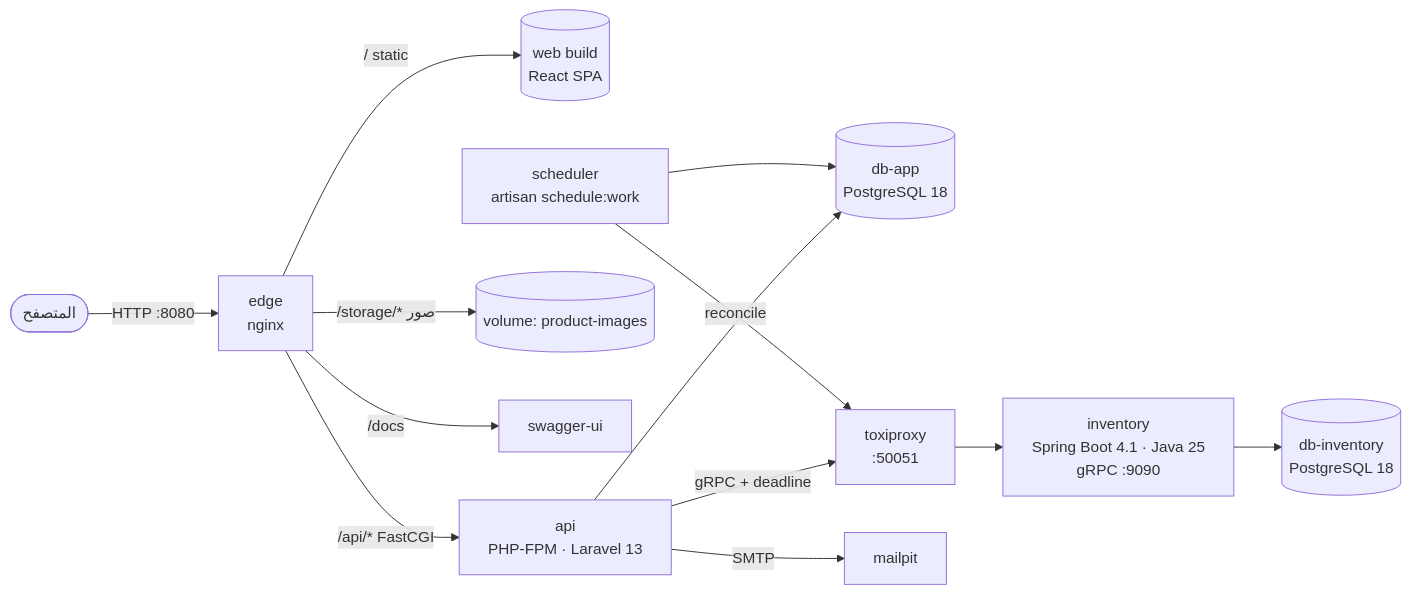
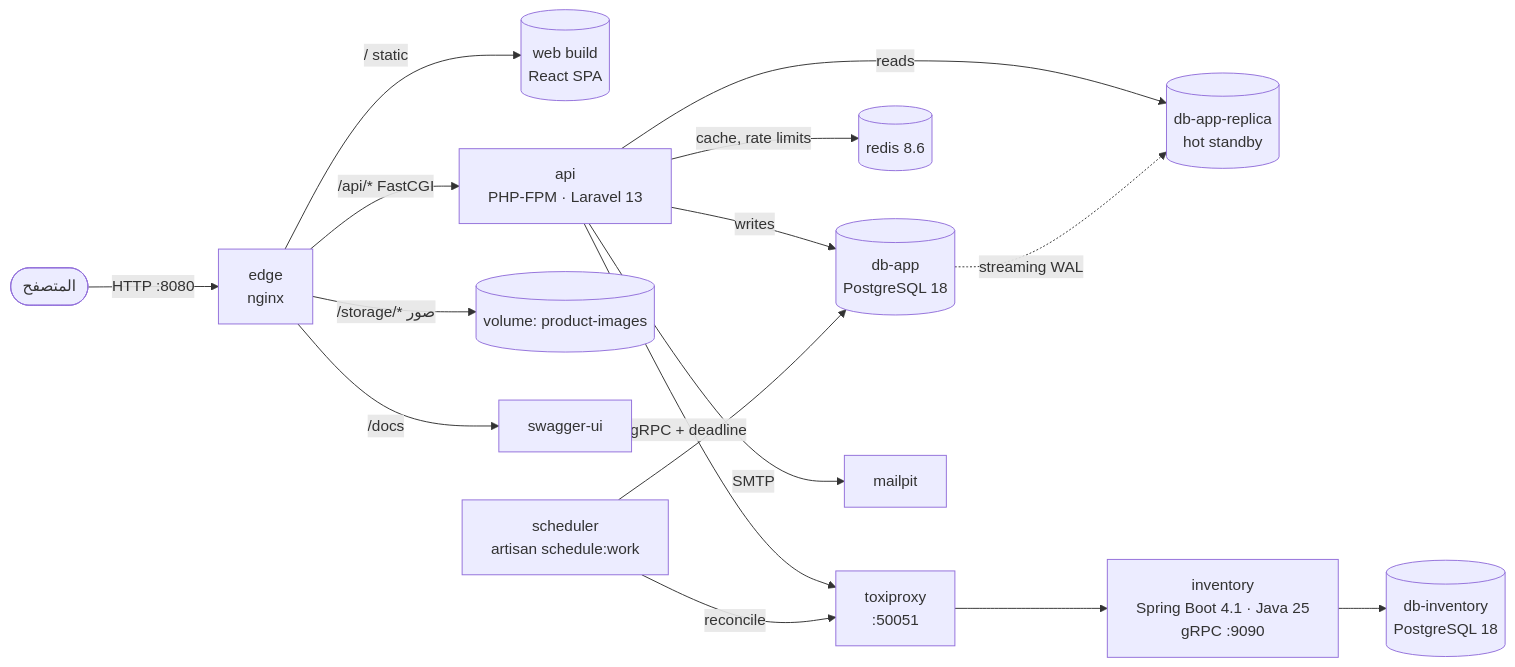
One commit to mohamdalrefae2552/ecommerce-platform changed the first of 2 diagrams in docs/01-architecture.md. Above: the diagram before and after it, drawn with Mermaid. The commit also changed other lines of this file and 9 other files, not shown here.

````diff
--- a/docs/01-architecture.md
+++ b/docs/01-architecture.md
@@ -4,15 +4,18 @@
 ```mermaid
 flowchart LR
   user([المتصفح]) -->|HTTP :8080| edge[edge<br/>nginx]
   edge -->|/ static| web[(web build<br/>React SPA)]
   edge -->|/api/*  FastCGI| api[api<br/>PHP-FPM · Laravel 13]
   edge -->|/storage/* صور| vol[(volume: product-images)]
   edge -->|/docs| swagger[swagger-ui]
-  api --> dbapp[(db-app<br/>PostgreSQL 18)]
+  api -->|writes| dbapp[(db-app<br/>PostgreSQL 18)]
+  api -->|reads| replica[(db-app-replica<br/>hot standby)]
+  dbapp -.->|streaming WAL| replica
+  api -->|cache, rate limits| redis[(redis 8.6)]
   api -->|gRPC + deadline| toxi[toxiproxy<br/>:50051]
   toxi --> inv[inventory<br/>Spring Boot 4.1 · Java 25<br/>gRPC :9090]
   inv --> dbinv[(db-inventory<br/>PostgreSQL 18)]
   sched[scheduler<br/>artisan schedule:work] --> dbapp
   sched -->|reconcile| toxi
   api -->|SMTP| mail[mailpit]
 ```
````
